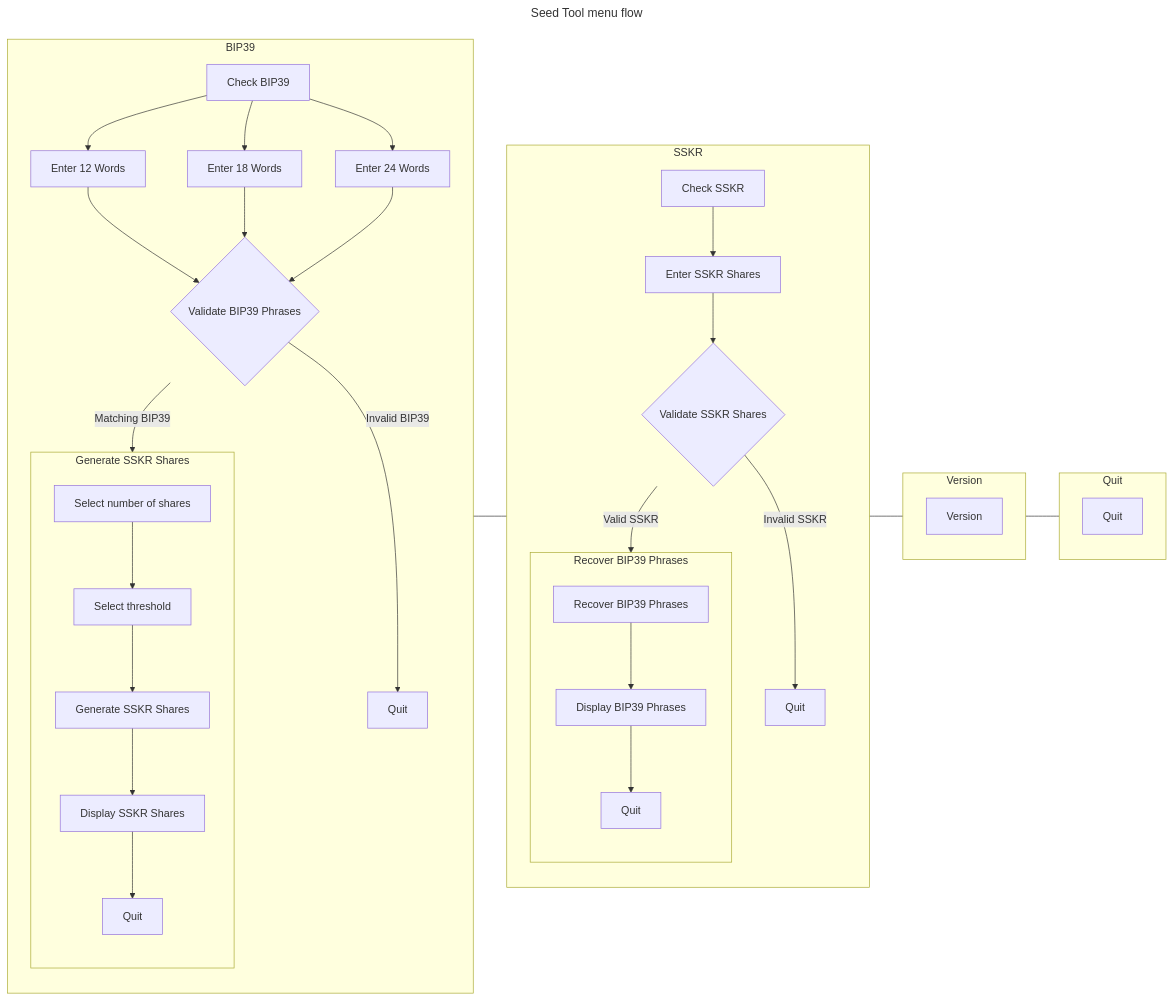
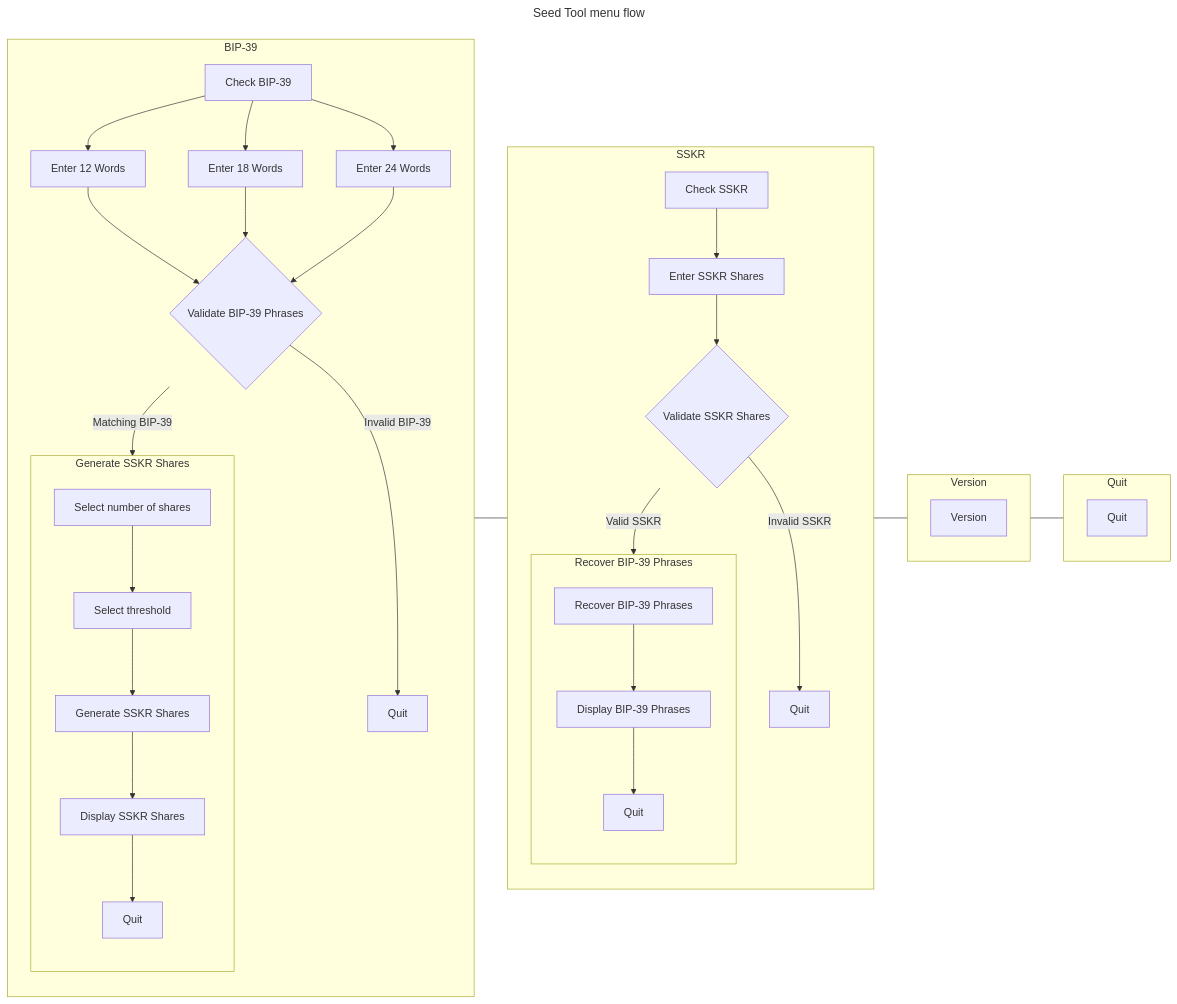
One commit to LedgerHQ/app-seed-tool changed the first of 3 diagrams in README.md. Above: the diagram before and after it, drawn with Mermaid. The commit also changed other lines of this file and 10 other files, not shown here.

````diff
--- a/README.md
+++ b/README.md
@@ -37,38 +37,38 @@
 ```mermaid
 ---
 title: Seed Tool menu flow
 ---
 flowchart LR
     1 --- 2 --- 3 --- 4
-    subgraph 1[BIP39]
+    subgraph 1[BIP-39]
         direction TB
-        1.1[Check BIP39]
-        1.1 --> 1.2.1[Enter 12 Words] --> 1.3{Validate BIP39 Phrases}
+        1.1[Check BIP-39]
+        1.1 --> 1.2.1[Enter 12 Words] --> 1.3{Validate BIP-39 Phrases}
         1.1 --> 1.2.2[Enter 18 Words] --> 1.3
         1.1 --> 1.2.3[Enter 24 Words] --> 1.3
-        1.3 --> |Matching BIP39| 1.4
-        1.3 --> |Invalid BIP39| 1.3.1[Quit]
+        1.3 --> |Matching BIP-39| 1.4
+        1.3 --> |Invalid BIP-39| 1.3.1[Quit]
         subgraph 1.4[Generate SSKR Shares]
             direction TB
             1.4.1[Select number of shares] --> 1.4.2[Select threshold] --> 1.4.3[Generate SSKR Shares] --> 1.4.4[Display SSKR Shares] --> 1.4.5[Quit]
         end
     end
     subgraph 2[SSKR]
         direction TB
         2.1[Check SSKR] --> 2.2[Enter SSKR Shares] --> 2.3{Validate SSKR Shares}
         2.3 --> |Valid SSKR| 2.4
         2.3 --> |Invalid SSKR| 2.3.1[Quit]
-        subgraph 2.4[Recover BIP39 Phrases]
+        subgraph 2.4[Recover BIP-39 Phrases]
             direction TB
-            2.4.1[Recover BIP39 Phrases] --> 2.4.2[Display BIP39 Phrases] --> 2.4.3[Quit]
+            2.4.1[Recover BIP-39 Phrases] --> 2.4.2[Display BIP-39 Phrases] --> 2.4.3[Quit]
         end
     end
     subgraph 3[Version]
         direction TB
         3.1[Version]
         end
     subgraph 4[Quit]
         direction TB
         4.1[Quit]
     end
 ```
````
